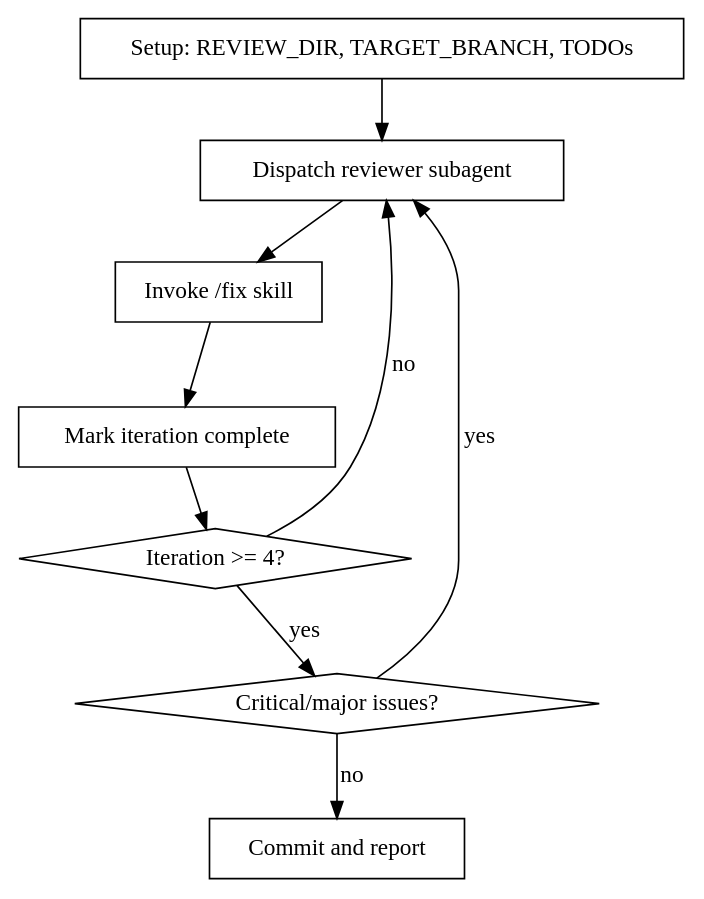
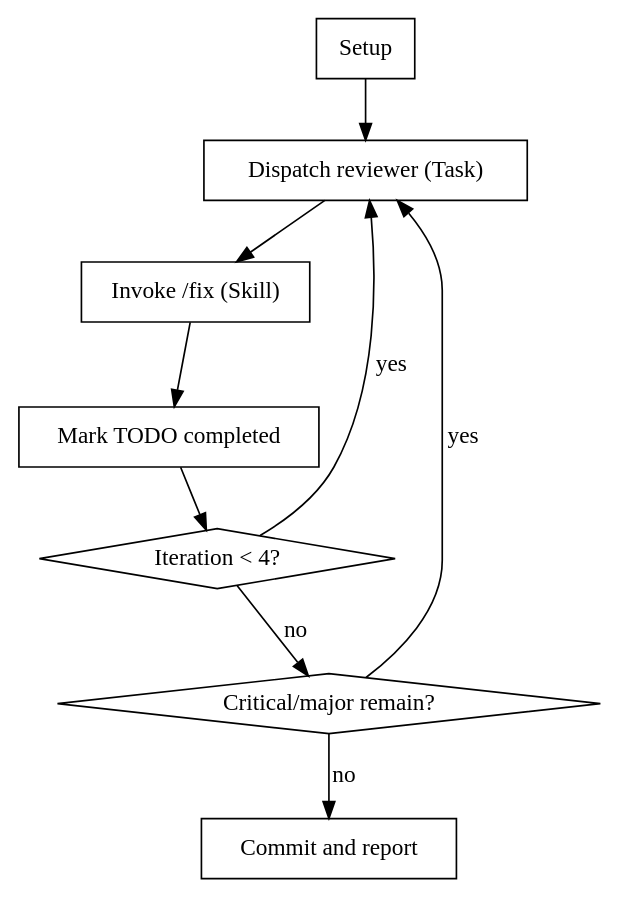
One commit to onsails/cc changed the diagram in review-loop/skills/review-loop/SKILL.md. Above: the diagram before and after it, drawn with Graphviz. The commit also changed other lines of this file and 3 other files, not shown here.

First line of the commit message:
refactor(review-loop): move setup to scripts/, add path hints

````diff
--- a/review-loop/skills/review-loop/SKILL.md
+++ b/review-loop/skills/review-loop/SKILL.md
@@ -21,22 +37,21 @@
 ```dot
 digraph review_loop {
     rankdir=TB;
-
-    "Setup: REVIEW_DIR, TARGET_BRANCH, TODOs" [shape=box];
-    "Dispatch reviewer subagent" [shape=box];
-    "Invoke /fix skill" [shape=box];
-    "Mark iteration complete" [shape=box];
-    "Iteration >= 4?" [shape=diamond];
-    "Critical/major issues?" [shape=diamond];
+    "Setup" [shape=box];
+    "Dispatch reviewer (Task)" [shape=box];
+    "Invoke /fix (Skill)" [shape=box];
+    "Mark TODO completed" [shape=box];
+    "Iteration < 4?" [shape=diamond];
+    "Critical/major remain?" [shape=diamond];
     "Commit and report" [shape=box];
 
-    "Setup: REVIEW_DIR, TARGET_BRANCH, TODOs" -> "Dispatch reviewer subagent";
-    "Dispatch reviewer subagent" -> "Invoke /fix skill";
-    "Invoke /fix skill" -> "Mark iteration complete";
-    "Mark iteration complete" -> "Iteration >= 4?";
-    "Iteration >= 4?" -> "Critical/major issues?" [label="yes"];
-    "Iteration >= 4?" -> "Dispatch reviewer subagent" [label="no"];
-    "Critical/major issues?" -> "Dispatch reviewer subagent" [label="yes"];
-    "Critical/major issues?" -> "Commit and report" [label="no"];
+    "Setup" -> "Dispatch reviewer (Task)";
+    "Dispatch reviewer (Task)" -> "Invoke /fix (Skill)";
+    "Invoke /fix (Skill)" -> "Mark TODO completed";
+    "Mark TODO completed" -> "Iteration < 4?";
+    "Iteration < 4?" -> "Dispatch reviewer (Task)" [label="yes"];
+    "Iteration < 4?" -> "Critical/major remain?" [label="no"];
+    "Critical/major remain?" -> "Dispatch reviewer (Task)" [label="yes"];
+    "Critical/major remain?" -> "Commit and report" [label="no"];
 }
 ```
````
